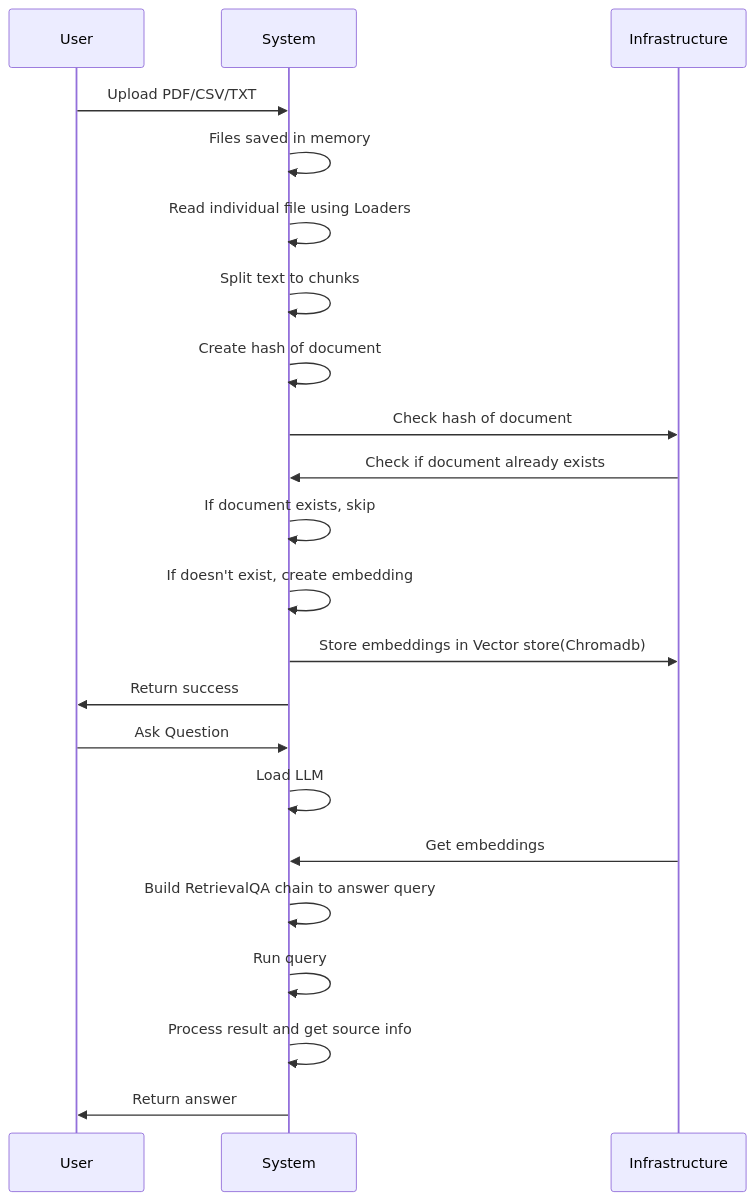
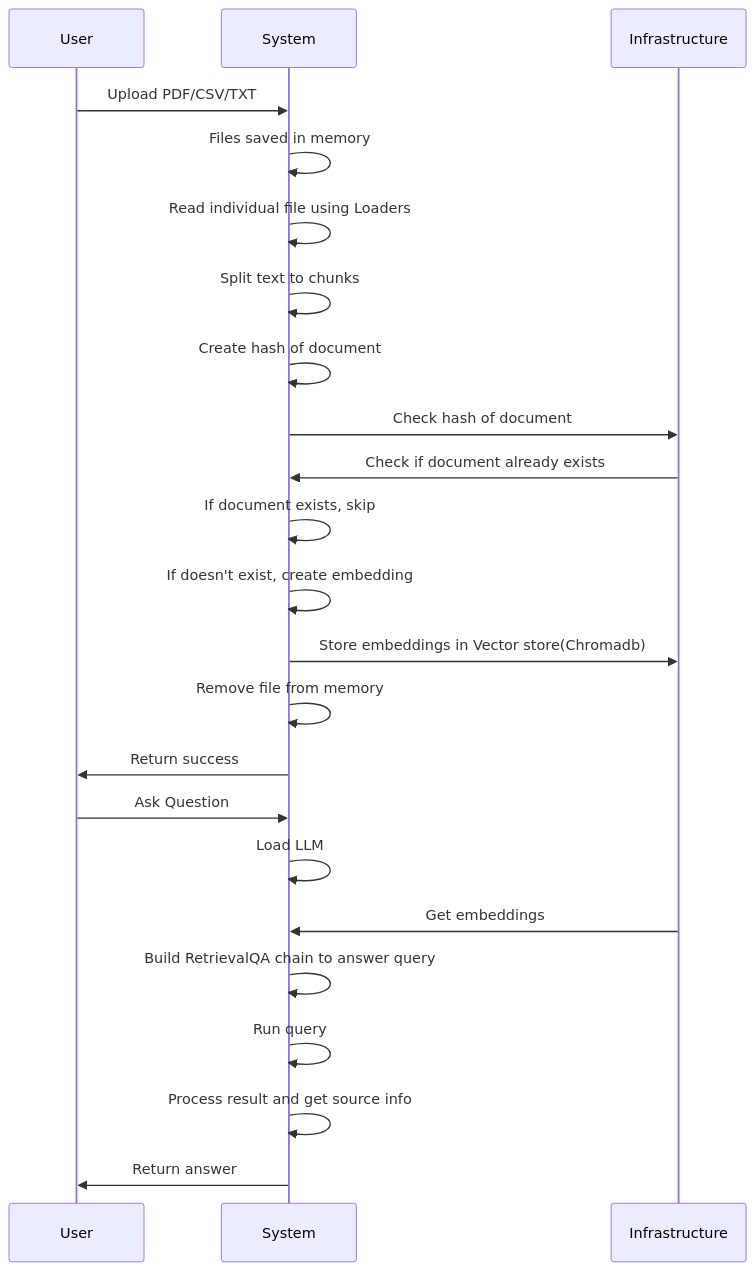
The diagram in README.md (harshit105/aiqna), drawn with Mermaid before and after one commit.

````diff
--- a/README.md
+++ b/README.md
@@ -21,27 +21,28 @@
 ```mermaid
 sequenceDiagram
     participant User
     participant System
     participant Infrastructure
 
     User->>System: Upload PDF/CSV/TXT
 
     System->>System: Files saved in memory
     System->>System: Read individual file using Loaders
     System->>System: Split text to chunks
     System->>System: Create hash of document
     System->>Infrastructure: Check hash of document
     Infrastructure->>System: Check if document already exists
     System->>System: If document exists, skip
     System->>System: If doesn't exist, create embedding
     System->>Infrastructure: Store embeddings in Vector store(Chromadb)
+    System->>System: Remove file from memory
     System->>User: Return success
 
     User->>System: Ask Question
     System->>System: Load LLM
     Infrastructure->>System: Get embeddings
     System->>System: Build RetrievalQA chain to answer query
     System->>System: Run query
     System->>System: Process result and get source info
     System->>User: Return answer
 ```
````
